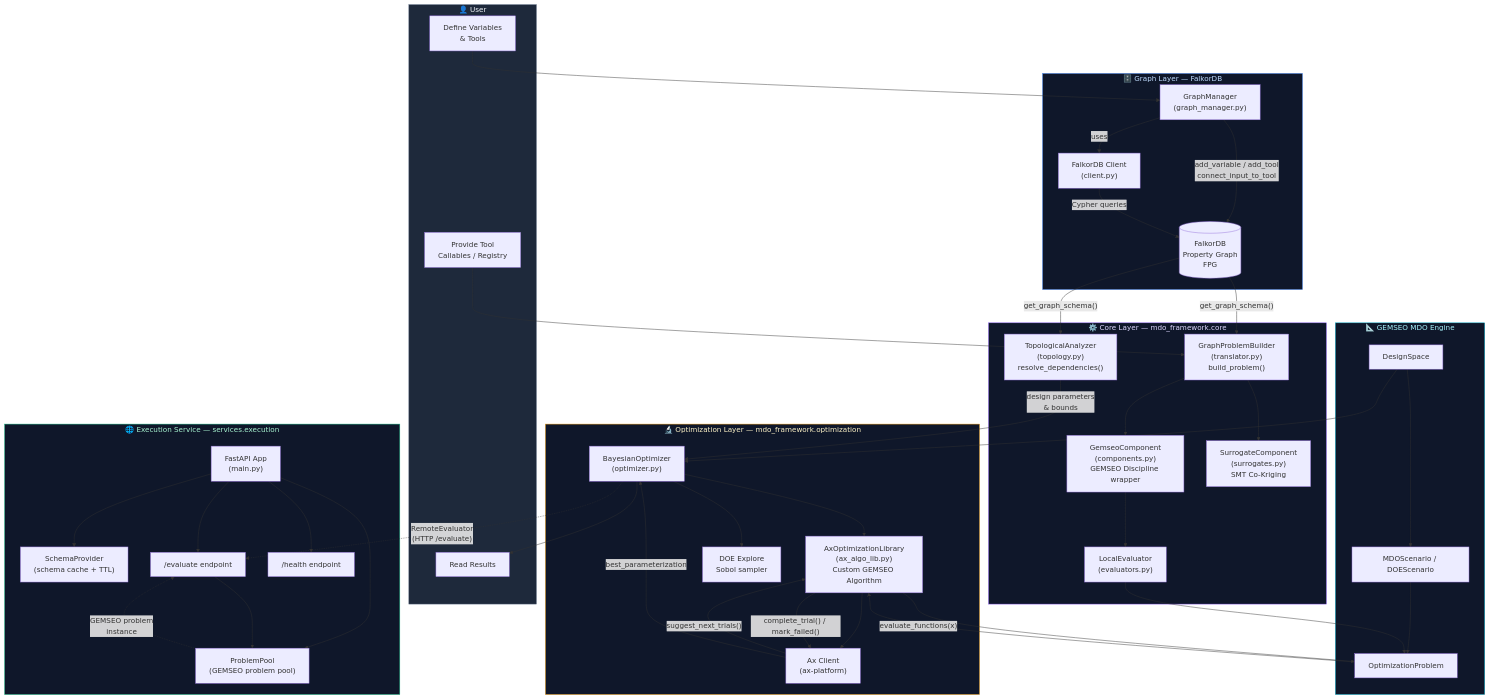
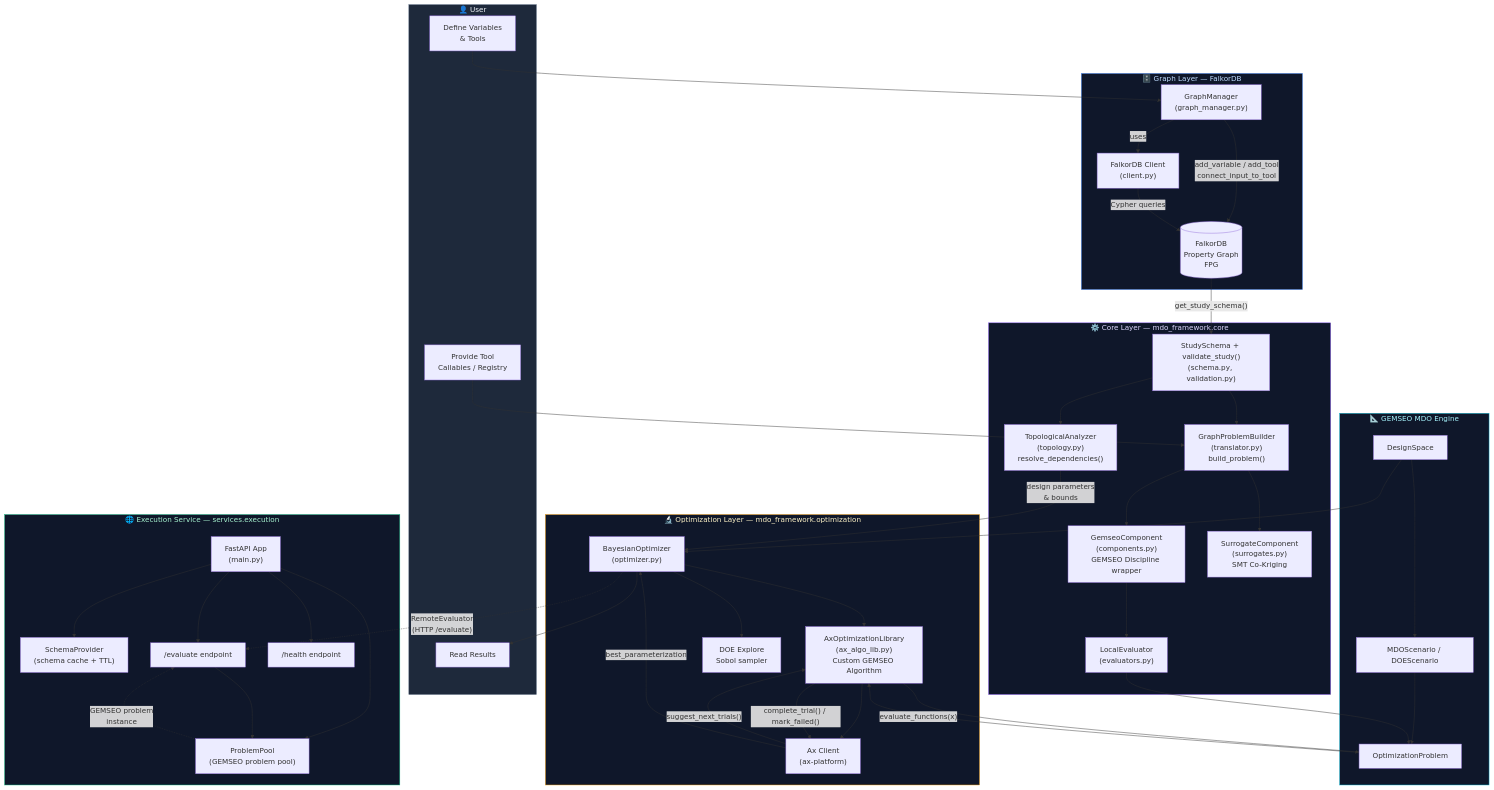
One commit to jultou-raa/GraphMDO changed the diagram in README.md. Above: the diagram before and after it, drawn with Mermaid. The commit also changed other lines of this file and 5 other files, not shown here.

First line of the commit message:
docs: update guides and service reference for the typed graph API

```diff
--- a/README.md
+++ b/README.md
@@ -48,6 +51,9 @@
         C3["GemseoComponent\n(components.py)\nGEMSEO Discipline wrapper"]
         C4["SurrogateComponent\n(surrogates.py)\nSMT Co-Kriging"]
         C5["LocalEvaluator\n(evaluators.py)"]
+        C6["StudySchema + validate_study()\n(schema.py, validation.py)"]
+        C6 --> C1
+        C6 --> C2
         C2 --> C3
         C2 --> C4
         C3 --> C5
@@ -89,8 +95,7 @@
     %% Cross-layer data flow
     U1 --> G1
     U2 --> C2
-    G2 -- "get_graph_schema()" --> C1
-    G2 -- "get_graph_schema()" --> C2
+    G2 -- "get_study_schema()" --> C6
     C1 -- "design parameters\n& bounds" --> O1
     C5 --> GS3
     GS1 --> O1
```
